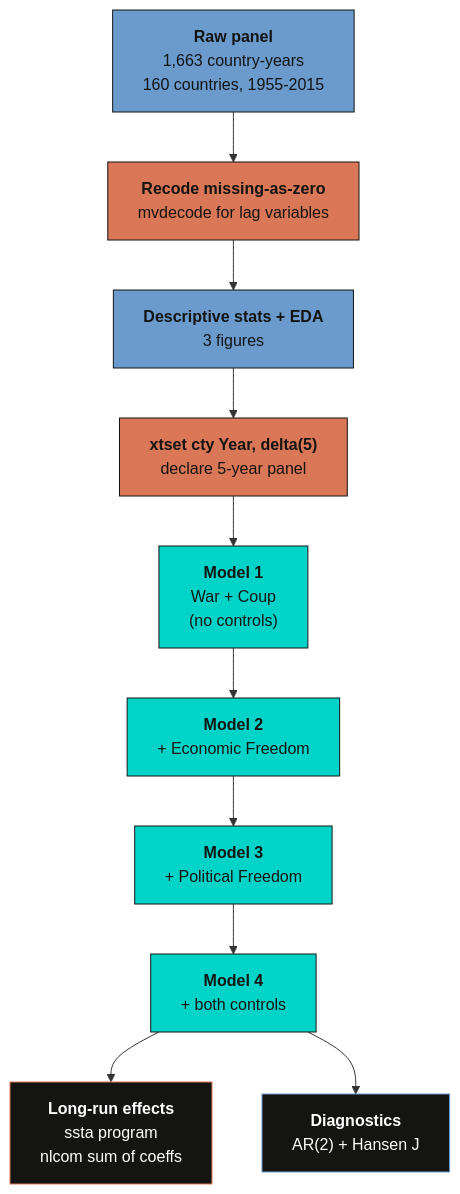
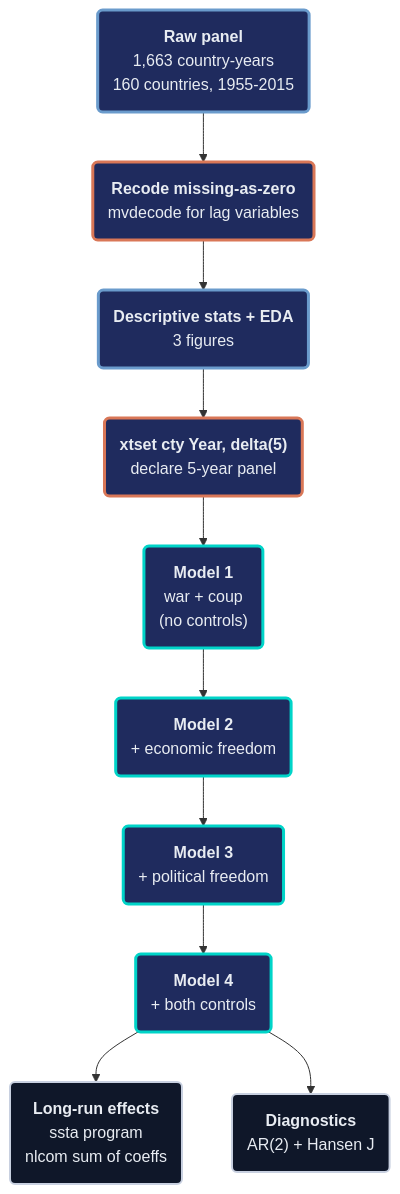
The diagram in content/post/stata_dynamic_panel/index.md (cmg777/starter-academic-v501), drawn with Mermaid before and after one commit. The commit also changed 13 other files, not shown here.

First line of the commit message:
content(mermaid): restyle flowcharts in Stata posts, batch 1 of 2

````diff
--- a/content/post/stata_dynamic_panel/index.md
+++ b/content/post/stata_dynamic_panel/index.md
@@ -86,34 +86,31 @@
 ```mermaid
 graph TD
-    DATA["<b>Raw panel</b><br/>1,663 country-years<br/>160 countries, 1955-2015"]
-    CLEAN["<b>Recode missing-as-zero</b><br/>mvdecode for lag variables"]
-    EDA["<b>Descriptive stats + EDA</b><br/>3 figures"]
-    XTSET["<b>xtset cty Year, delta(5)</b><br/>declare 5-year panel"]
-    M1["<b>Model 1</b><br/>War + Coup<br/>(no controls)"]
-    M2["<b>Model 2</b><br/>+ Economic Freedom"]
-    M3["<b>Model 3</b><br/>+ Political Freedom"]
-    M4["<b>Model 4</b><br/>+ both controls"]
-    LR["<b>Long-run effects</b><br/>ssta program<br/>nlcom sum of coeffs"]
-    DIAG["<b>Diagnostics</b><br/>AR(2) + Hansen J"]
+    DATA("<b>Raw panel</b><br/>1,663 country-years<br/>160 countries, 1955-2015")
+    CLEAN("<b>Recode missing-as-zero</b><br/>mvdecode for lag variables")
+    EDA("<b>Descriptive stats + EDA</b><br/>3 figures")
+    XTSET("<b>xtset cty Year, delta(5)</b><br/>declare 5-year panel")
+    M1("<b>Model 1</b><br/>war + coup<br/>(no controls)")
+    M2("<b>Model 2</b><br/>+ economic freedom")
+    M3("<b>Model 3</b><br/>+ political freedom")
+    M4("<b>Model 4</b><br/>+ both controls")
+    LR("<b>Long-run effects</b><br/>ssta program<br/>nlcom sum of coeffs")
+    DIAG("<b>Diagnostics</b><br/>AR(2) + Hansen J")
 
     DATA --> CLEAN
     CLEAN --> EDA
     EDA --> XTSET
     XTSET --> M1
     M1 --> M2
     M2 --> M3
     M3 --> M4
     M4 --> LR
     M4 --> DIAG
-
-    style DATA fill:#6a9bcc,stroke:#141413,color:#141413
-    style CLEAN fill:#d97757,stroke:#141413,color:#141413
-    style EDA fill:#6a9bcc,stroke:#141413,color:#141413
-    style XTSET fill:#d97757,stroke:#141413,color:#141413
-    style M1 fill:#00d4c8,stroke:#141413,color:#141413
-    style M2 fill:#00d4c8,stroke:#141413,color:#141413
-    style M3 fill:#00d4c8,stroke:#141413,color:#141413
-    style M4 fill:#00d4c8,stroke:#141413,color:#141413
-    style LR fill:#141413,stroke:#d97757,color:#fff
-    style DIAG fill:#141413,stroke:#6a9bcc,color:#fff
+    classDef blue fill:#1f2b5e,stroke:#6a9bcc,stroke-width:3px,color:#e8ecf2
+    classDef orange fill:#1f2b5e,stroke:#d97757,stroke-width:3px,color:#e8ecf2
+    classDef teal fill:#1f2b5e,stroke:#00d4c8,stroke-width:3px,color:#e8ecf2
+    classDef anchor fill:#0f1729,stroke:#c8d0e0,stroke-width:2px,color:#e8ecf2
+    class DATA,EDA blue
+    class CLEAN,XTSET orange
+    class M1,M2,M3,M4 teal
+    class LR,DIAG anchor
 ```
````
